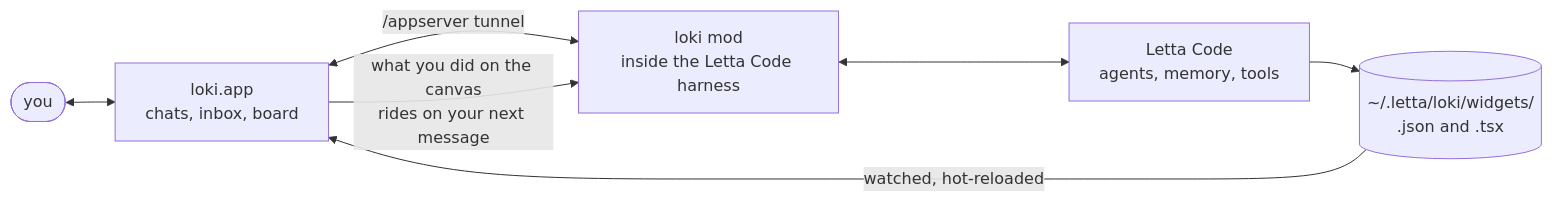
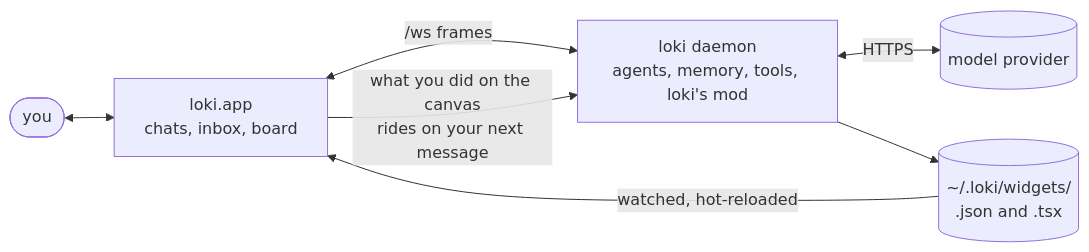
The diagram in README.md (AlmondLabs/loki), drawn with Mermaid before and after one commit. The commit also changed other lines of this file and 5 other files, not shown here.

First line of the commit message:
docs: loki on its own daemon (plan 017, U15) — the docs describe what now runs

````diff
--- a/README.md
+++ b/README.md
@@ -166,9 +177,9 @@
 ```mermaid
 flowchart LR
   you([you]) <--> app[loki.app<br/>chats, inbox, board]
-  app <-->|"/appserver tunnel"| mod[loki mod<br/>inside the Letta Code harness]
-  mod <--> harness[Letta Code<br/>agents, memory, tools]
-  harness --> files[("~/.letta/loki/widgets/<br/>.json and .tsx")]
+  app <-->|"/ws frames"| daemon[loki daemon<br/>agents, memory, tools, loki's mod]
+  daemon <-->|HTTPS| provider[(model provider)]
+  daemon --> files[("~/.loki/widgets/<br/>.json and .tsx")]
   files -->|"watched, hot-reloaded"| app
-  app -->|"what you did on the canvas<br/>rides on your next message"| mod
+  app -->|"what you did on the canvas<br/>rides on your next message"| daemon
 ```
````
